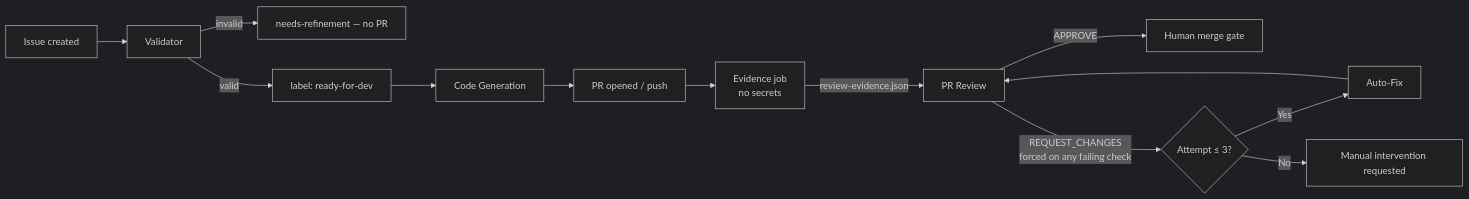
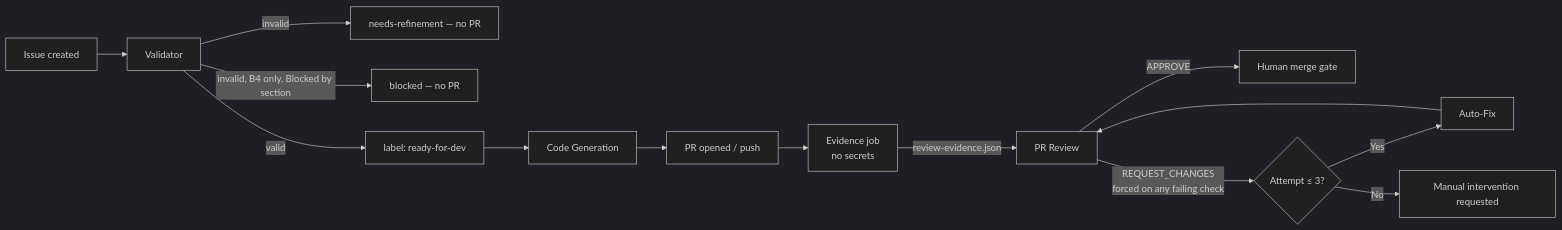
The diagram in README.md (koydas/autonomous-dev-loop), drawn with Mermaid (dark theme) before and after one commit. The commit also changed other lines of this file and 15 other files, not shown here.

````diff
--- a/README.md
+++ b/README.md
@@ -46,15 +46,16 @@
 ```mermaid
 graph LR
     A[Issue created] --> B[Validator]
     B -->|invalid| Z[needs-refinement — no PR]
+    B -->|invalid, B4 only, Blocked by section| Y[blocked — no PR]
     B -->|valid| C[label: ready-for-dev]
     C --> D[Code Generation]
     D --> E[PR opened / push]
     E --> EV[Evidence job<br/>no secrets]
     EV -->|review-evidence.json| F[PR Review]
     F -->|APPROVE| G[Human merge gate]
     F -->|REQUEST_CHANGES<br/>forced on any failing check| H{Attempt ≤ 3?}
     H -->|Yes| I[Auto-Fix]
     I --> F
     H -->|No| J[Manual intervention requested]
 ```
````
